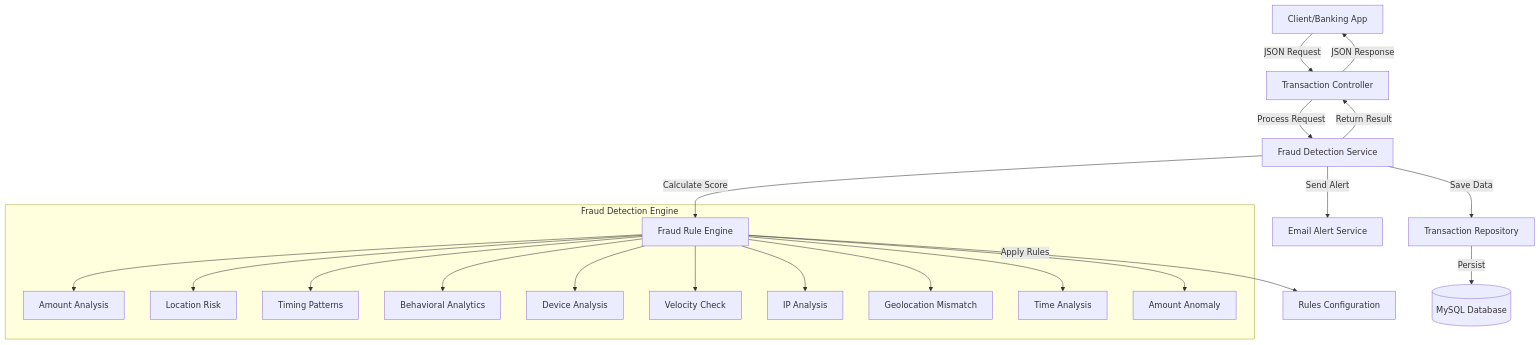
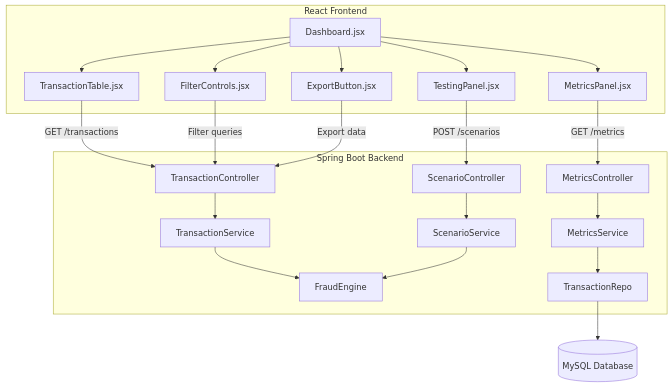
Before and after one commit to sreeraksha0123/DIGITAL_BANKING_FRAUD_DETECTION_AND_SIMULATION_ENGINE: the second of 5 diagrams in README.md, drawn with Mermaid. The commit also changed other lines of this file, not shown here.

````diff
--- a/README.md
+++ b/README.md
@@ -43,25 +162,33 @@
 ```mermaid
 graph TB
-    Client[Client/Banking App] -->|JSON Request| Controller[Transaction Controller]
-    Controller -->|Process Request| Service[Fraud Detection Service]
-    Service -->|Calculate Score| Engine[Fraud Rule Engine]
-    Engine -->|Apply Rules| Config[Rules Configuration]
-    Service -->|Save Data| Repository[Transaction Repository]
-    Repository -->|Persist| DB[(MySQL Database)]
-    Service -->|Send Alert| Alert[Email Alert Service]
-    Service -->|Return Result| Controller
-    Controller -->|JSON Response| Client
+    subgraph "React Frontend"
+        D[Dashboard.jsx]
+        D --> T[TransactionTable.jsx]
+        D --> M[MetricsPanel.jsx]
+        D --> F[TestingPanel.jsx]
+        D --> C[FilterControls.jsx]
+        D --> E[ExportButton.jsx]
+    end
     
-    subgraph "Fraud Detection Engine"
-        Engine --> Rule1[Amount Analysis]
-        Engine --> Rule2[Location Risk]
-        Engine --> Rule3[Timing Patterns]
-        Engine --> Rule4[Behavioral Analytics]
-        Engine --> Rule5[Device Analysis]
-        Engine --> Rule6[Velocity Check]
-        Engine --> Rule7[IP Analysis]
-        Engine --> Rule8[Geolocation Mismatch]
-        Engine --> Rule9[Time Analysis]
-        Engine --> Rule10[Amount Anomaly]
+    subgraph "Spring Boot Backend"
+        TC[TransactionController]
+        MC[MetricsController]
+        SC[ScenarioController]
+        
+        TC --> TS[TransactionService]
+        MC --> MS[MetricsService]
+        SC --> SS[ScenarioService]
+        
+        TS --> FE[FraudEngine]
+        MS --> TR[TransactionRepo]
+        SS --> FE
     end
+    
+    TR --> DB[(MySQL Database)]
+    
+    T -->|GET /transactions| TC
+    M -->|GET /metrics| MC
+    F -->|POST /scenarios| SC
+    C -->|Filter queries| TC
+    E -->|Export data| TC
 ```
````
